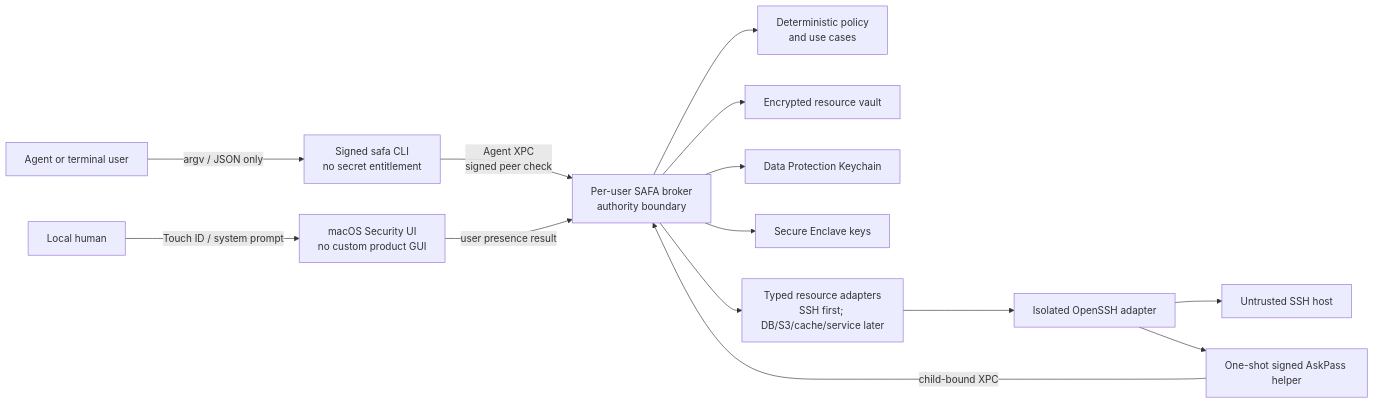
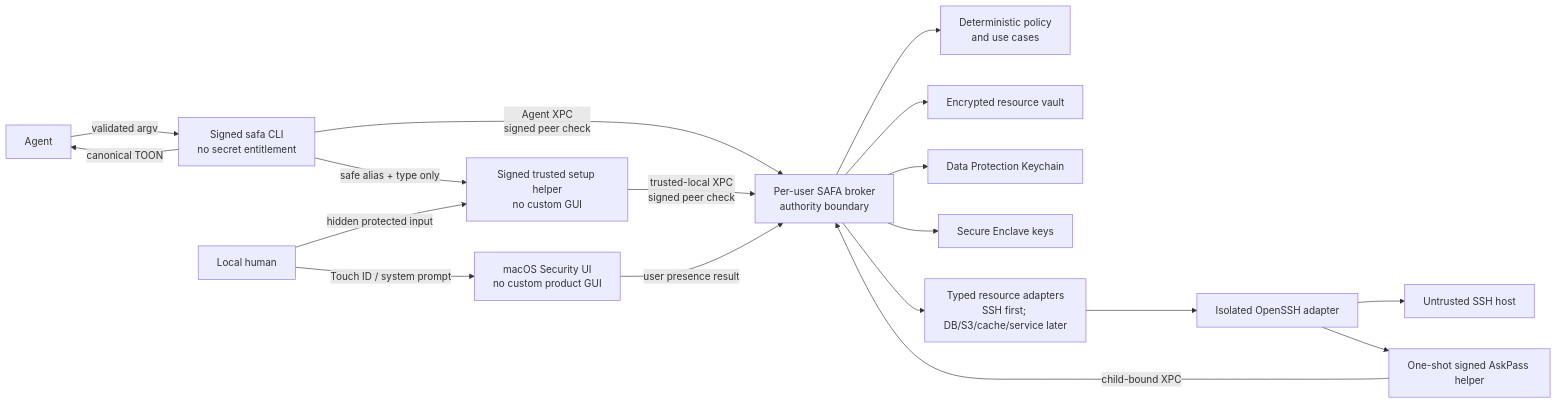
One commit to juju-w/safa-runtime changed the second of 2 diagrams in ARCHITECTURE.md. Above: the diagram before and after it, drawn with Mermaid. The commit also changed other lines of this file and 161 other files, not shown here.

````diff
--- a/ARCHITECTURE.md
+++ b/ARCHITECTURE.md
@@ -65,16 +107,20 @@
 ```mermaid
 flowchart LR
-    Agent["Agent or terminal user"] -->|argv / JSON only| CLI["Signed safa CLI\nno secret entitlement"]
+    Agent["Agent"] -->|validated argv| CLI["Signed safa CLI\nno secret entitlement"]
+    CLI -->|canonical TOON| Agent
     CLI -->|Agent XPC\nsigned peer check| Broker["Per-user SAFA broker\nauthority boundary"]
+    CLI -->|safe alias + type only| Setup["Signed trusted setup helper\nno custom GUI"]
     Human["Local human"] -->|Touch ID / system prompt| Native["macOS Security UI\nno custom product GUI"]
+    Human -->|hidden protected input| Setup
+    Setup -->|trusted-local XPC\nsigned peer check| Broker
     Native -->|user presence result| Broker
     Broker --> Policy["Deterministic policy\nand use cases"]
     Broker --> Vault["Encrypted resource vault"]
     Broker --> Keychain["Data Protection Keychain"]
     Broker --> Enclave["Secure Enclave keys"]
     Broker --> Adapters["Typed resource adapters\nSSH first; DB/S3/cache/service later"]
     Adapters --> SSH["Isolated OpenSSH adapter"]
     SSH --> Remote["Untrusted SSH host"]
     SSH --> AskPass["One-shot signed AskPass helper"]
     AskPass -->|child-bound XPC| Broker
 ```
````
